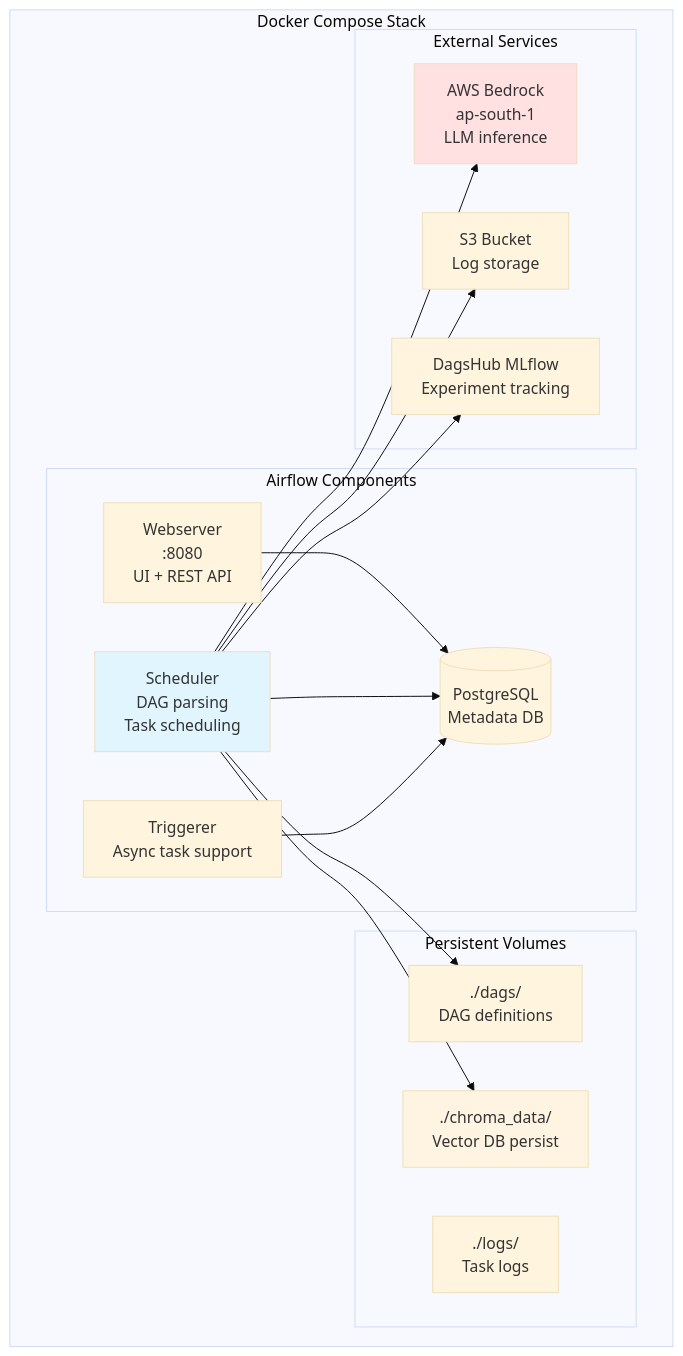
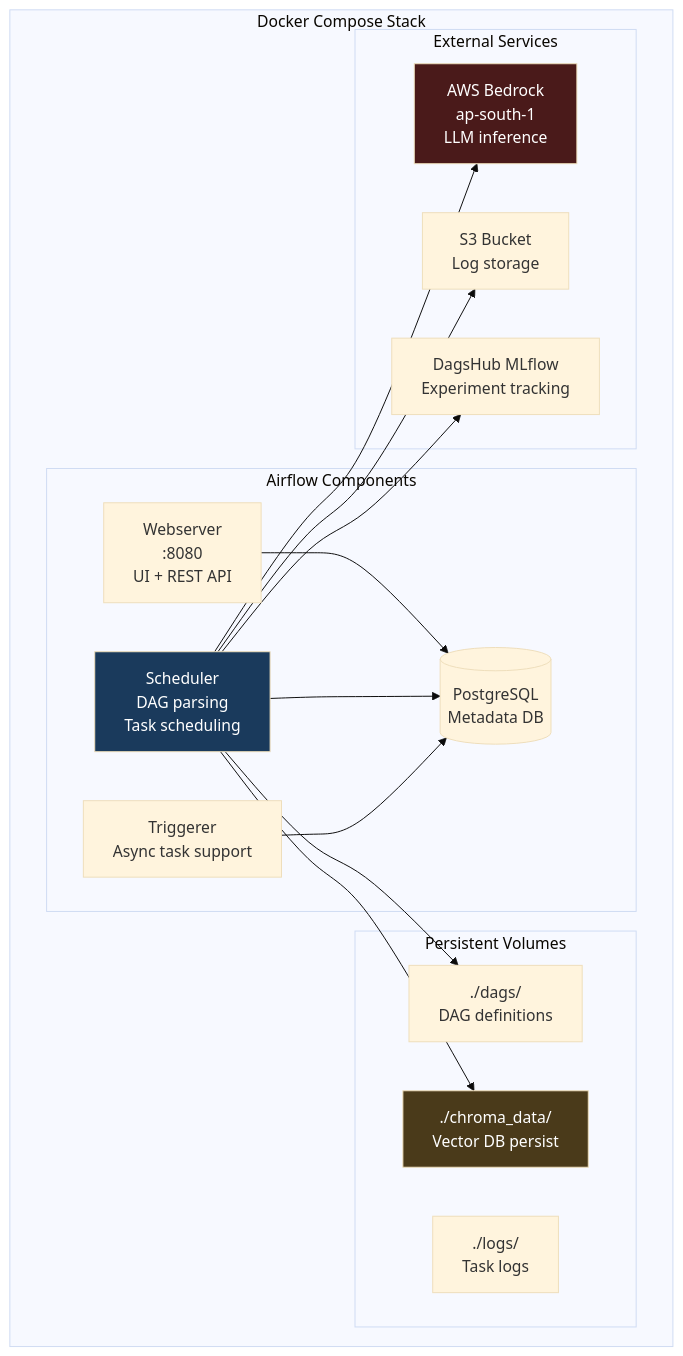
The fifth of 16 diagrams in README.md (nasim-raj-laskar/InfraMind), drawn with Mermaid (base theme) before and after one commit. The commit also changed other lines of this file and 1 other file, not shown here.

````diff
--- a/README.md
+++ b/README.md
@@ -263,36 +268,36 @@
 ```mermaid
 graph TB
     subgraph "Docker Compose Stack"
         subgraph "Airflow Components"
             WEBSERVER["Webserver<br/>:8080<br/>UI + REST API"]
             SCHEDULER["Scheduler<br/>DAG parsing<br/>Task scheduling"]
             TRIGGERER["Triggerer<br/>Async task support"]
             POSTGRES[("PostgreSQL<br/>Metadata DB")]
         end
         
         subgraph "Persistent Volumes"
             DAGS_VOL["./dags/<br/>DAG definitions"]
             CHROMA_VOL["./chroma_data/<br/>Vector DB persist"]
             LOGS_VOL["./logs/<br/>Task logs"]
         end
         
         subgraph "External Services"
             BEDROCK["AWS Bedrock<br/>ap-south-1<br/>LLM inference"]
             S3["S3 Bucket<br/>Log storage"]
             MLFLOW["DagsHub MLflow<br/>Experiment tracking"]
         end
     end
     
     WEBSERVER --> POSTGRES
     SCHEDULER --> POSTGRES
     SCHEDULER --> DAGS_VOL
     SCHEDULER --> CHROMA_VOL
     SCHEDULER --> BEDROCK
     SCHEDULER --> S3
     SCHEDULER --> MLFLOW
     TRIGGERER --> POSTGRES
     
-    style SCHEDULER fill:#e1f5ff
-    style CHROMA_VOL fill:#fff4e1
-    style BEDROCK fill:#ffe1e1
+    style SCHEDULER fill:#1a3a5c,color:#fff
+    style CHROMA_VOL fill:#4a3a1a,color:#fff
+    style BEDROCK fill:#4a1a1a,color:#fff
 ```
````
